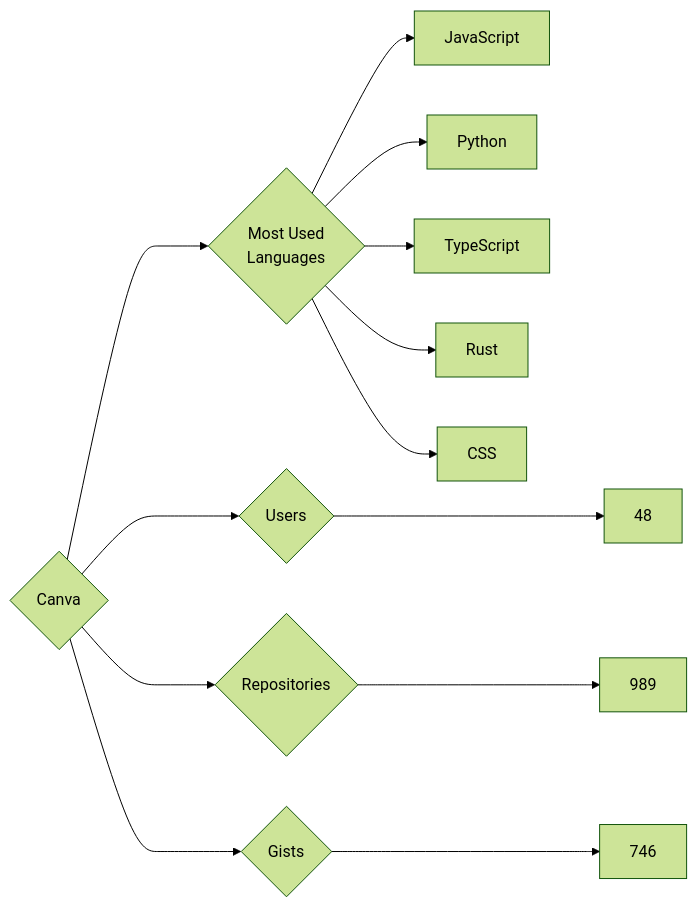
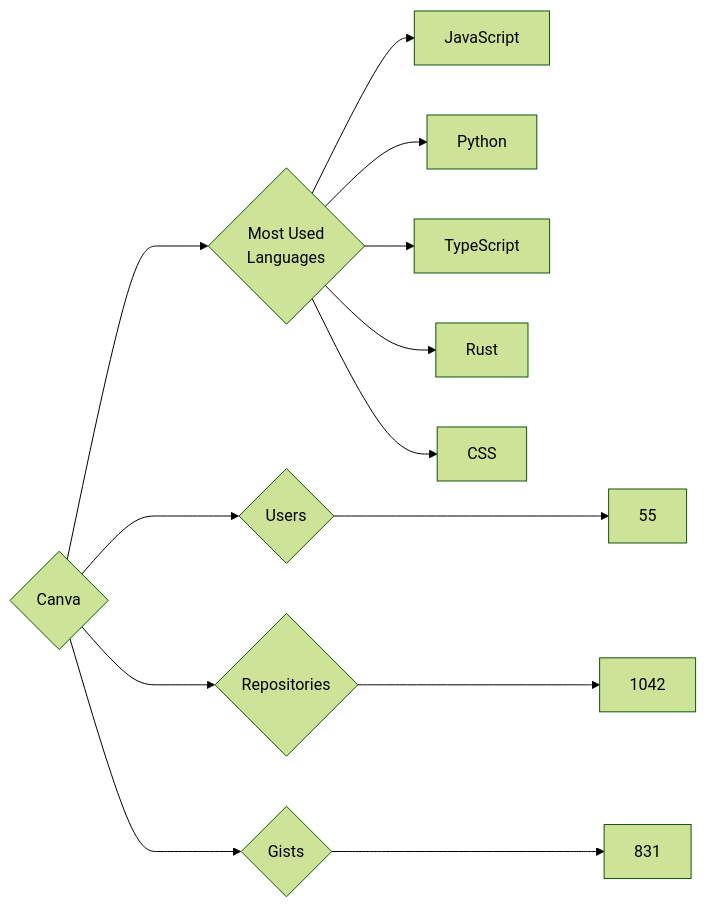
The diagram in targets/Canva/README.md (trickest/insiders), drawn with Mermaid (forest theme) before and after one commit. The commit also changed 782 other files, not shown here.

````diff
--- a/targets/Canva/README.md
+++ b/targets/Canva/README.md
@@ -3,13 +3,13 @@
 ```mermaid
 graph LR
 COMPANY_NAME{Canva}
-COMPANY_NAME ---> U{Users} ---> UN[48]
-COMPANY_NAME ---> R{Repositories} ---> RN[989]
-COMPANY_NAME ---> G{Gists} ---> GN[746]
+COMPANY_NAME ---> U{Users} ---> UN[55]
+COMPANY_NAME ---> R{Repositories} ---> RN[1042]
+COMPANY_NAME ---> G{Gists} ---> GN[831]
 COMPANY_NAME ---> ML{Most Used<br>Languages}
 ML --> JavaScript[JavaScript]
 ML --> Python[Python]
 ML --> TypeScript[TypeScript]
 ML --> Rust[Rust]
 ML --> CSS[CSS]
 ```
````
